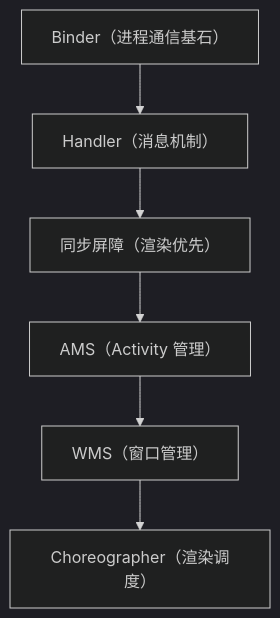
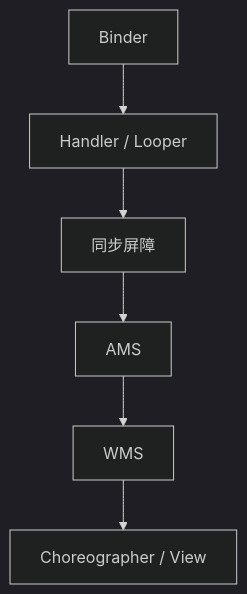
One commit to jason5200/jason5200.github.io changed the diagram in series/framework.md. Above: the diagram before and after it, drawn with Mermaid (dark theme). The commit also changed other lines of this file and 7 other files, not shown here.

````diff
--- a/series/framework.md
+++ b/series/framework.md
@@ -9,8 +11,8 @@
 ```mermaid
 flowchart TB
-    A["Binder（进程通信基石）"] --> B["Handler（消息机制）"]
-    B --> C["同步屏障（渲染优先）"]
-    C --> D["AMS（Activity 管理）"]
-    D --> E["WMS（窗口管理）"]
-    E --> F["Choreographer（渲染调度）"]
+    A["Binder"] --> B["Handler / Looper"]
+    B --> C["同步屏障"]
+    C --> D["AMS"]
+    D --> E["WMS"]
+    E --> F["Choreographer / View"]
 ```
````
